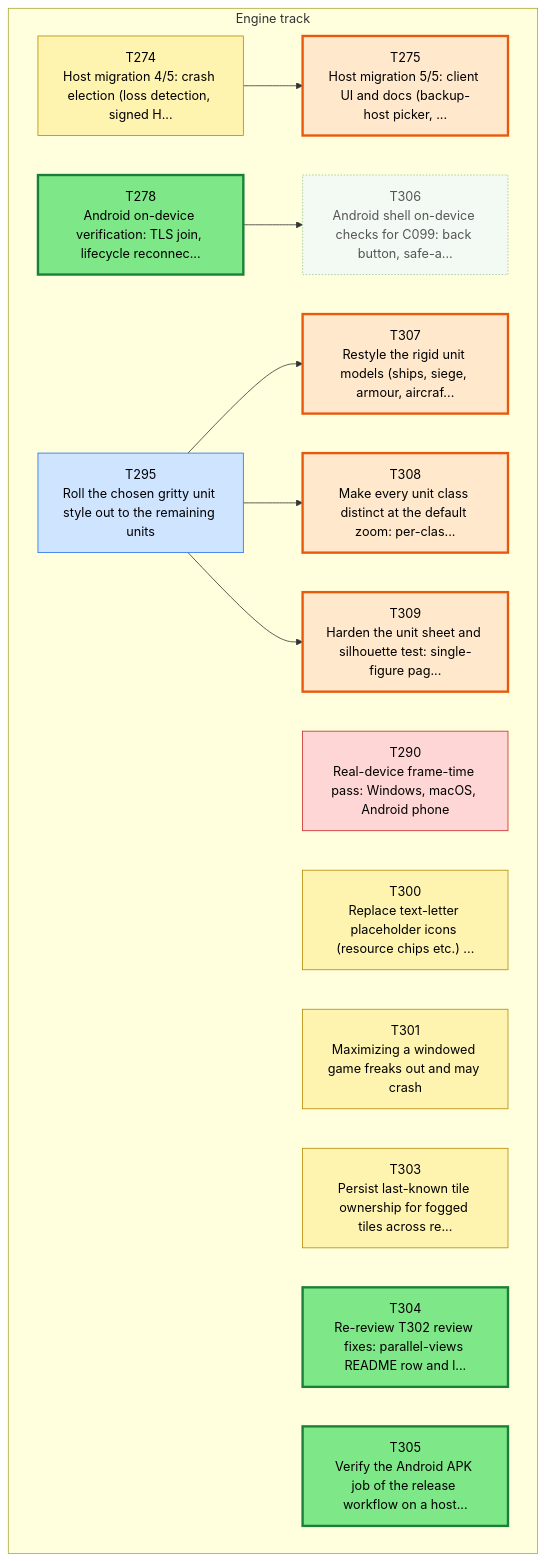
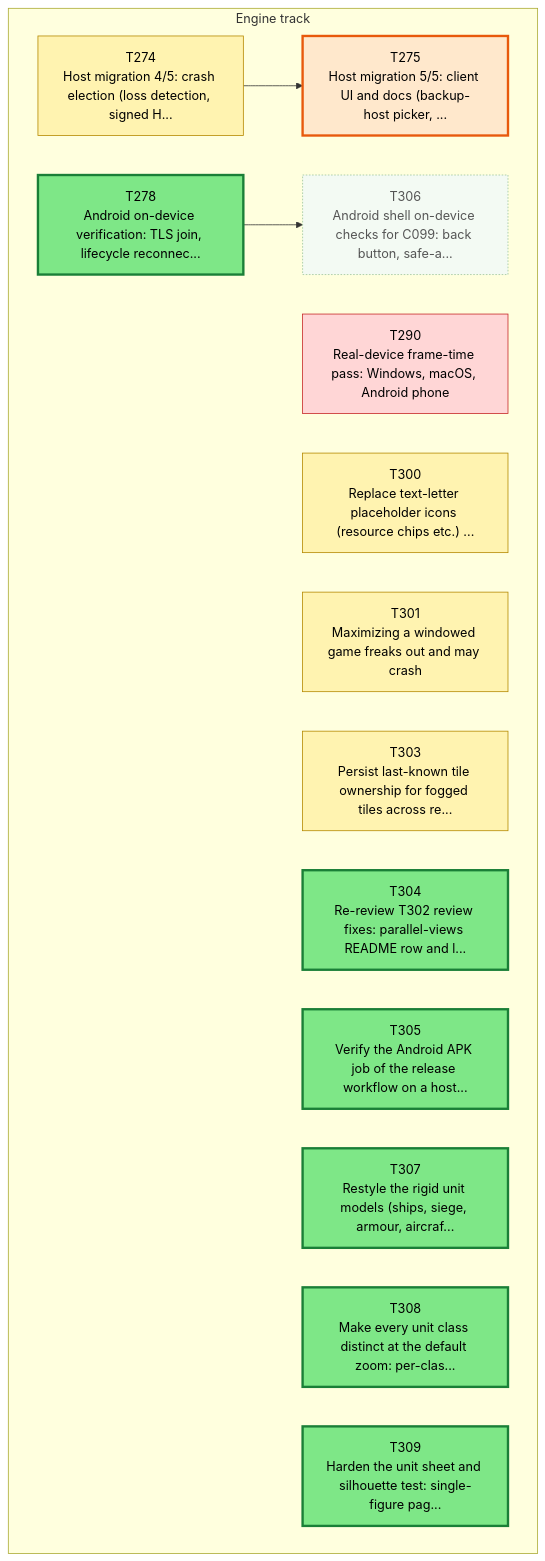
One commit to Kenmura/Unciv changed the first of 3 diagrams in csharp/migration/DEPENDENCY_MAP.md. Above: the diagram before and after it, drawn with Mermaid. The commit also changed other lines of this file and 1 other file, not shown here.

````diff
--- a/csharp/migration/DEPENDENCY_MAP.md
+++ b/csharp/migration/DEPENDENCY_MAP.md
@@ -35,45 +35,40 @@
 ```mermaid
 flowchart TD
   subgraph TTRACK["Engine track"]
     T274["T274<br/>Host migration 4/5: crash election (loss detection, signed H..."]
     T275["T275<br/>Host migration 5/5: client UI and docs (backup-host picker, ..."]
     T278["T278<br/>Android on-device verification: TLS join, lifecycle reconnec..."]
     T290["T290<br/>Real-device frame-time pass: Windows, macOS, Android phone"]
-    T295["T295<br/>Roll the chosen gritty unit style out to the remaining units"]
     T300["T300<br/>Replace text-letter placeholder icons (resource chips etc.) ..."]
     T301["T301<br/>Maximizing a windowed game freaks out and may crash"]
     T303["T303<br/>Persist last-known tile ownership for fogged tiles across re..."]
     T304["T304<br/>Re-review T302 review fixes: parallel-views README row and l..."]
     T305["T305<br/>Verify the Android APK job of the release workflow on a host..."]
     T306["T306<br/>Android shell on-device checks for C099: back button, safe-a..."]
     T307["T307<br/>Restyle the rigid unit models (ships, siege, armour, aircraf..."]
     T308["T308<br/>Make every unit class distinct at the default zoom: per-clas..."]
     T309["T309<br/>Harden the unit sheet and silhouette test: single-figure pag..."]
   end
   T274 --> T275
   T278 --> T306
-  T295 --> T307
-  T295 --> T308
-  T295 --> T309
   classDef waiting fill:#f3faf3,stroke:#9bc49b,color:#555,stroke-dasharray:2 2
   classDef ondeck fill:#ffe8cc,stroke:#e8590c,stroke-width:3px,color:#000
   classDef ready fill:#7ee787,stroke:#1a7f37,stroke-width:3px,color:#000
   classDef prog fill:#fff3b0,stroke:#b58900,color:#000
   classDef review fill:#cfe4ff,stroke:#1f6feb,color:#000
   classDef blocked fill:#ffd6d6,stroke:#c62828,color:#000
   classDef done fill:#eeeeee,stroke:#999999,color:#666,stroke-dasharray:4 3
   class T274 prog
   class T275 ondeck
   class T278 ready
   class T290 blocked
-  class T295 review
   class T300 prog
   class T301 prog
   class T303 prog
   class T304 ready
   class T305 ready
   class T306 waiting
-  class T307 ondeck
-  class T308 ondeck
-  class T309 ondeck
+  class T307 ready
+  class T308 ready
+  class T309 ready
 ```
````
